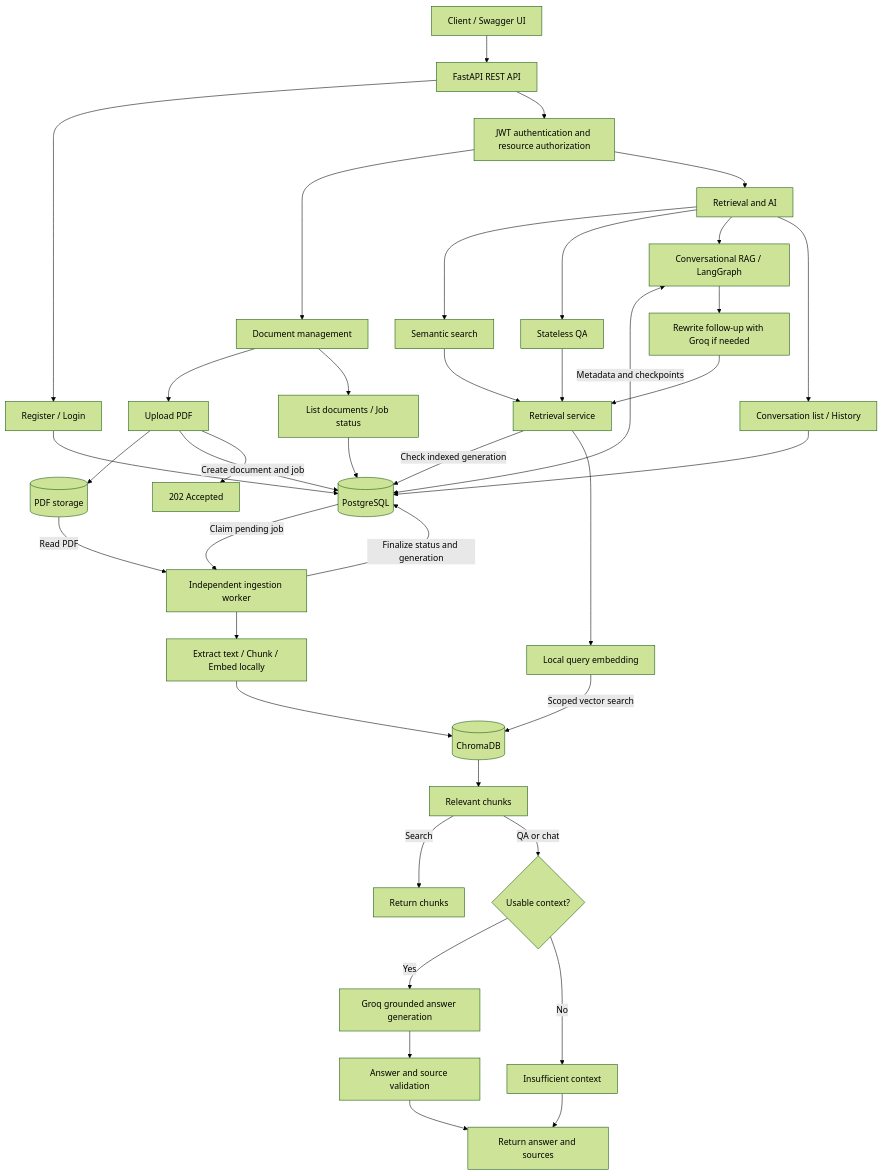
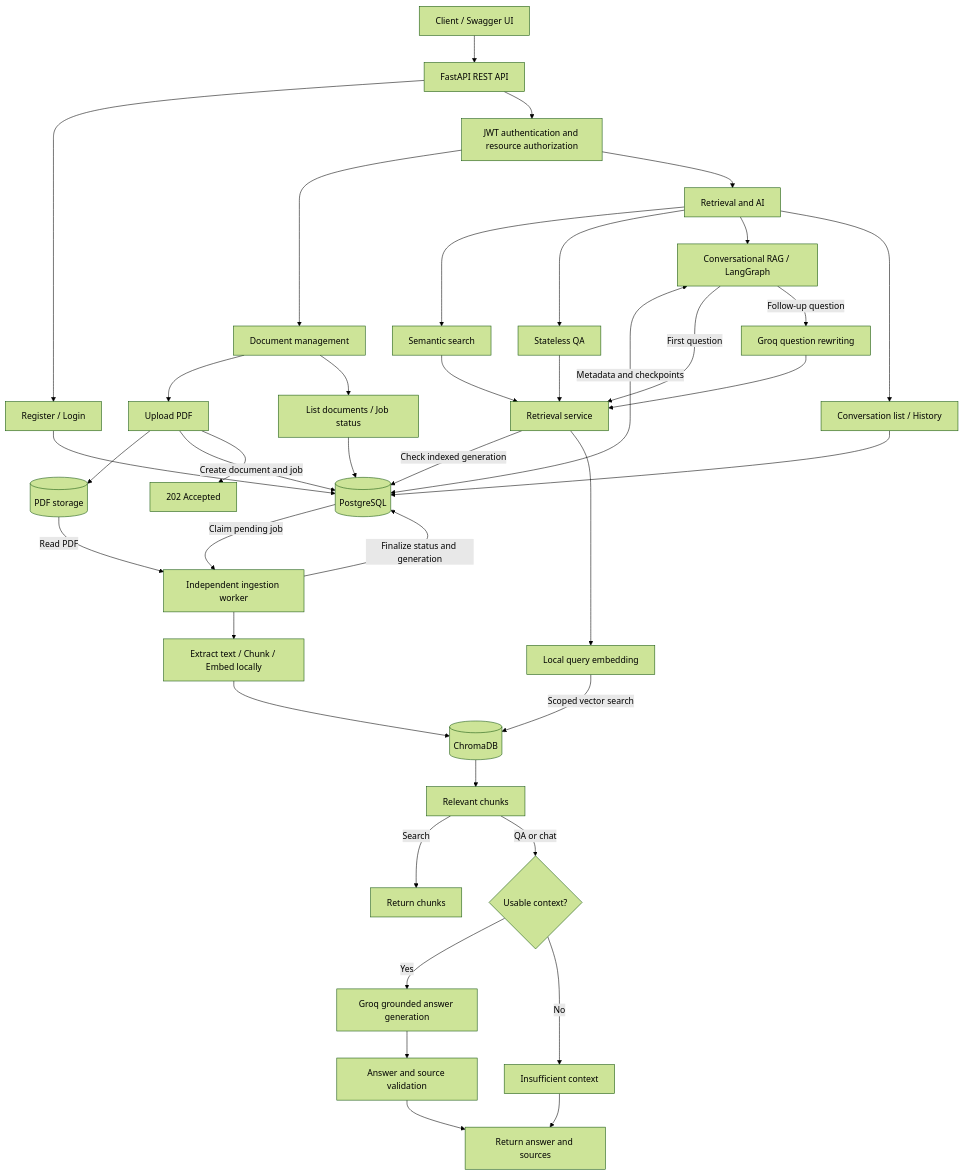
One commit to mehmood22/ragforge changed the diagram in README.md. Above: the diagram before and after it, drawn with Mermaid (forest theme). The commit also changed other lines of this file and 9 other files, not shown here.

Commit message:
docs: establish open-source governance and product roadmap (#1)

````diff
--- a/README.md
+++ b/README.md
@@ -28,41 +41,42 @@
 ```mermaid
 flowchart TD
     Client[Client / Swagger UI] --> API[FastAPI REST API]
     API --> Public[Register / Login]
     Public --> PG[(PostgreSQL)]
     API --> Auth[JWT authentication and resource authorization]
     Auth --> Docs[Document management]
     Auth --> AI[Retrieval and AI]
     Docs --> Upload[Upload PDF]
     Docs --> View[List documents / Job status]
     View --> PG
     Upload --> Files[(PDF storage)]
     Upload -->|Create document and job| PG
     Upload --> Accepted[202 Accepted]
     PG -->|Claim pending job| Worker[Independent ingestion worker]
     Files -->|Read PDF| Worker
     Worker --> Parse[Extract text / Chunk / Embed locally]
     Parse --> Chroma[(ChromaDB)]
     Worker -->|Finalize status and generation| PG
     AI --> Search[Semantic search]
     AI --> QA[Stateless QA]
     AI --> Chat[Conversational RAG / LangGraph]
     AI --> History[Conversation list / History]
     History --> PG
     Chat <-->|Metadata and checkpoints| PG
-    Chat --> Rewrite[Rewrite follow-up with Groq if needed]
-    Rewrite --> Retrieve[Retrieval service]
+    Chat -->|First question| Retrieve[Retrieval service]
+    Chat -->|Follow-up question| Rewrite[Groq question rewriting]
+    Rewrite --> Retrieve
     Search --> Retrieve
     QA --> Retrieve
     Retrieve -->|Check indexed generation| PG
     Retrieve --> Embed[Local query embedding]
     Embed -->|Scoped vector search| Chroma
     Chroma --> Chunks[Relevant chunks]
     Chunks -->|Search| Results[Return chunks]
     Chunks -->|QA or chat| Context{Usable context?}
     Context -->|Yes| LLM[Groq grounded answer generation]
     Context -->|No| Abstain[Insufficient context]
     LLM --> Answer[Answer and source validation]
     Answer --> Response[Return answer and sources]
     Abstain --> Response
 ```
````
